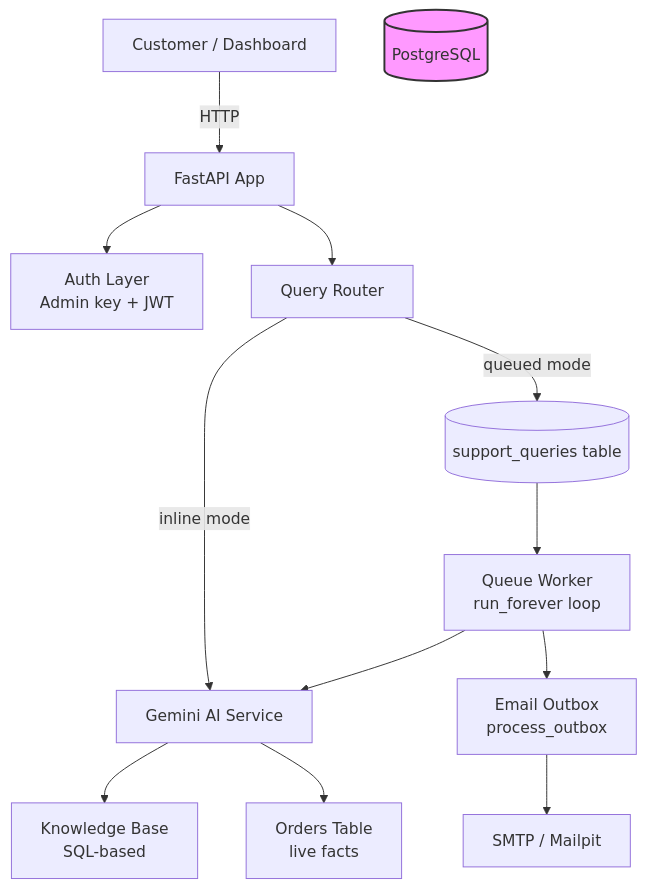
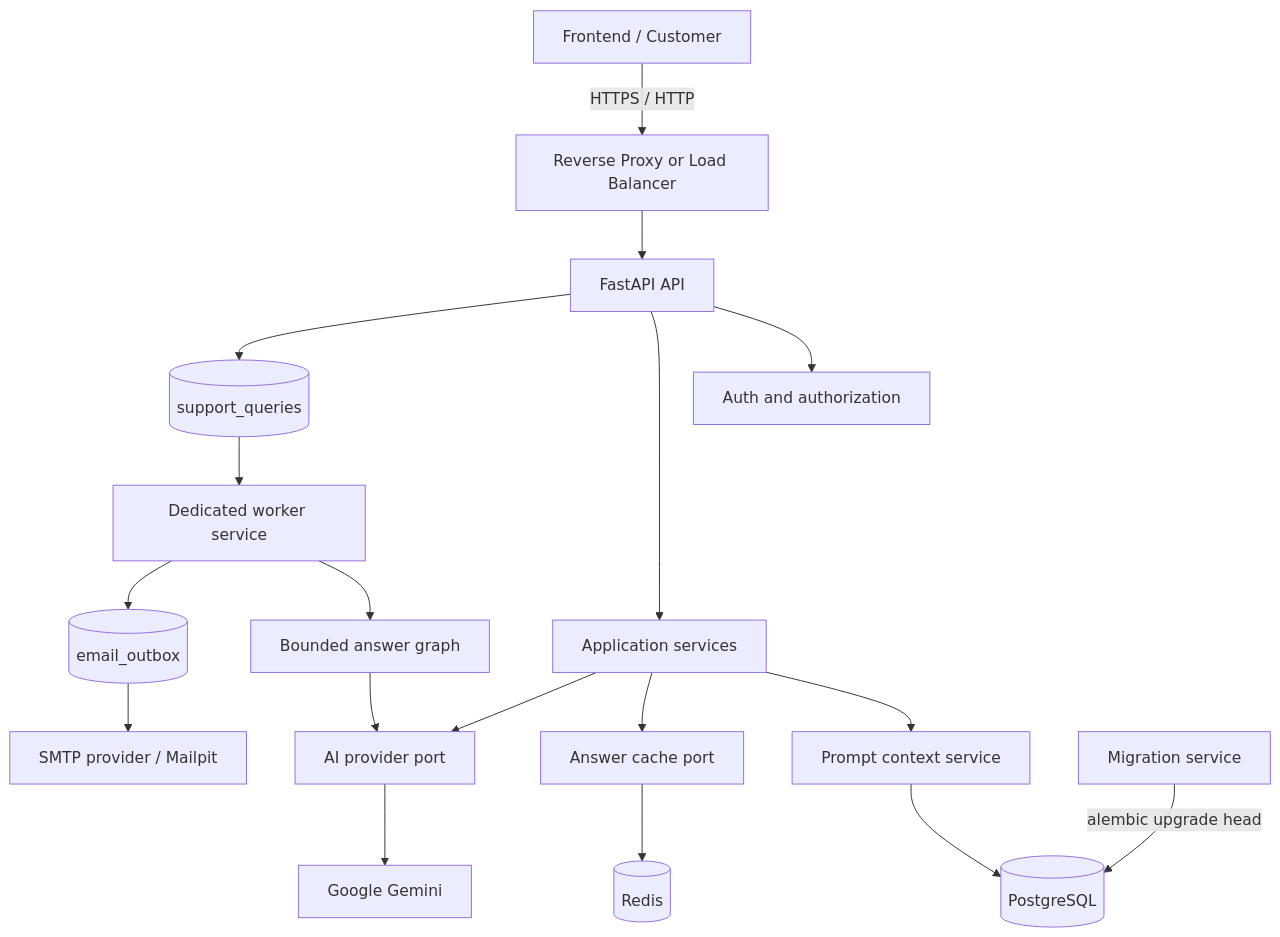
One commit to rahuldhiman18/SupportIq changed the first of 4 diagrams in README.md. Above: the diagram before and after it, drawn with Mermaid. The commit also changed other lines of this file, not shown here.

````diff
--- a/README.md
+++ b/README.md
@@ -63,17 +42,20 @@
 ```mermaid
 graph TD
-    Client[Customer / Dashboard] -->|HTTP| API[FastAPI App]
-    API --> Auth[Auth Layer<br/>Admin key + JWT]
-    API --> Q[Query Router]
-    Q -->|inline mode| AI[Gemini AI Service]
-    Q -->|queued mode| Queue[(support_queries table)]
-    Queue --> Worker[Queue Worker<br/>run_forever loop]
-    Worker --> AI
-    Worker --> Mail[Email Outbox<br/>process_outbox]
-    AI --> KB[Knowledge Base<br/>SQL-based]
-    AI --> Orders[Orders Table<br/>live facts]
-    Mail --> SMTP[SMTP / Mailpit]
-    DB[(PostgreSQL)]:::db
-
-    classDef db fill:#f9f,stroke:#333,stroke-width:2px;
+    Client[Frontend / Customer] -->|HTTPS / HTTP| Proxy[Reverse Proxy or Load Balancer]
+    Proxy --> API[FastAPI API]
+    API --> Auth[Auth and authorization]
+    API --> App[Application services]
+    App --> Context[Prompt context service]
+    Context --> DB[(PostgreSQL)]
+    App --> Cache[Answer cache port]
+    Cache --> Redis[(Redis)]
+    App --> AI[AI provider port]
+    AI --> Gemini[Google Gemini]
+    API --> Queue[(support_queries)]
+    Queue --> Worker[Dedicated worker service]
+    Worker --> Graph[Bounded answer graph]
+    Graph --> AI
+    Worker --> Outbox[(email_outbox)]
+    Outbox --> SMTP[SMTP provider / Mailpit]
+    Migrate[Migration service] -->|alembic upgrade head| DB
 ```
````
